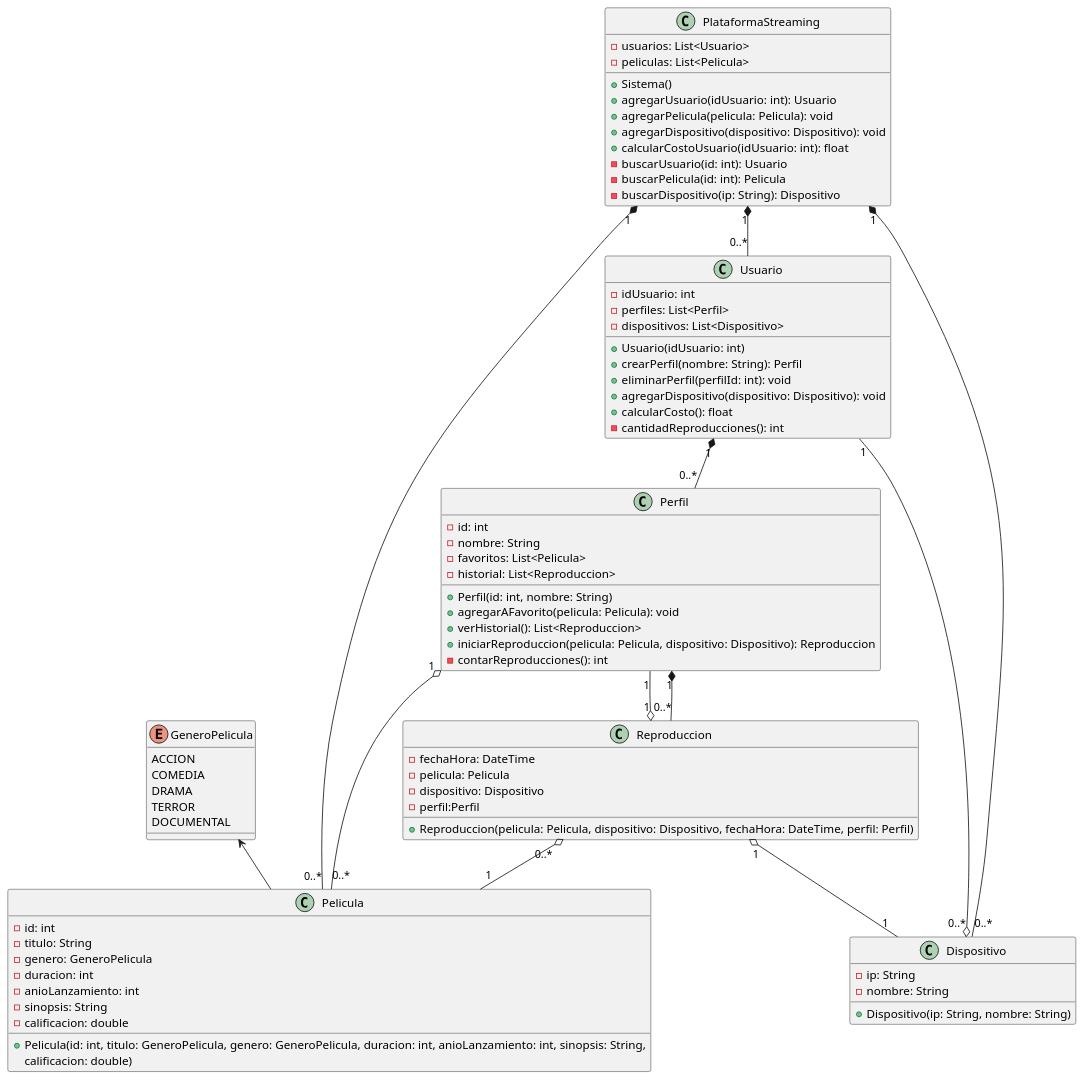
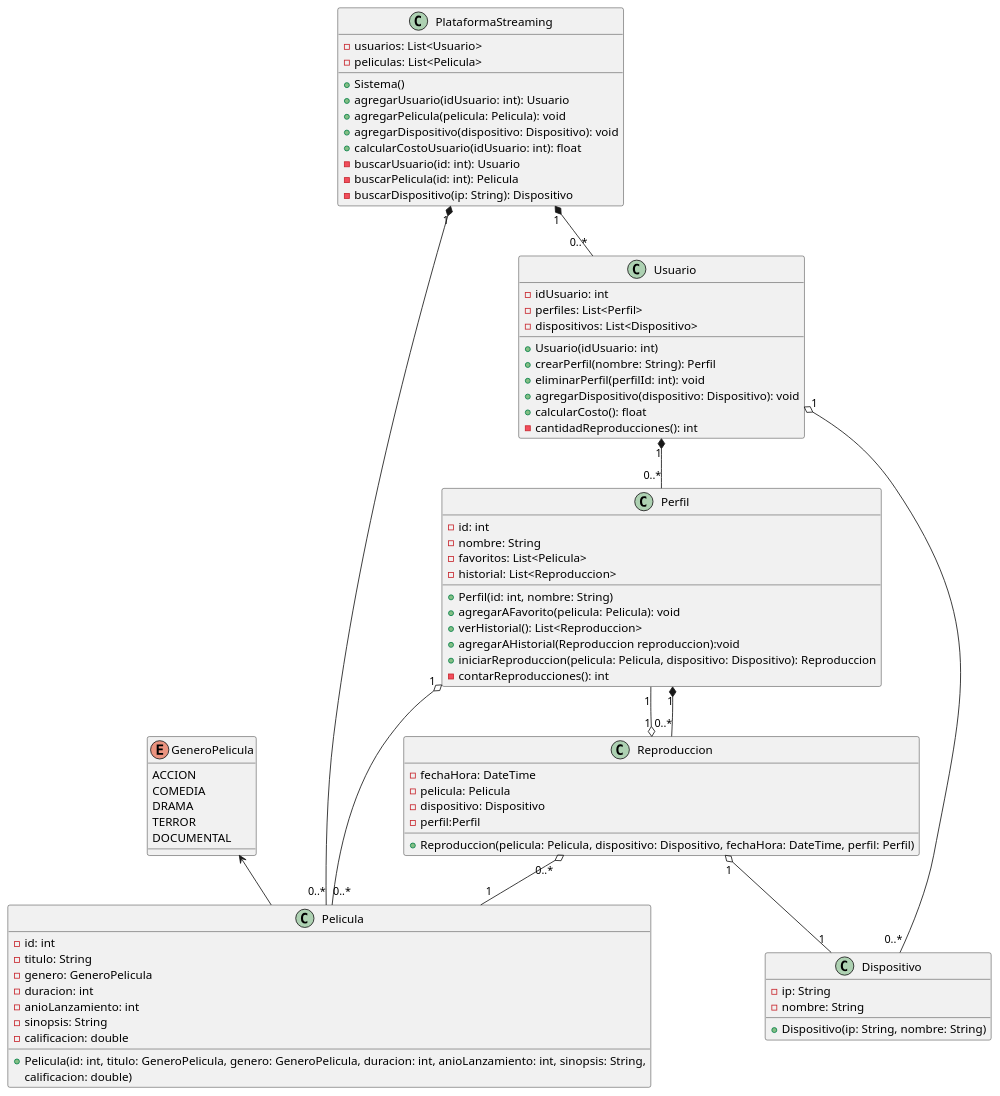
Before and after one commit to bernardoFac/poo_tn_25_1c: the diagram in reformRecu.puml, drawn with PlantUML. The commit also changed 5 other files, not shown here.

```diff
--- a/reformRecu.puml
+++ b/reformRecu.puml
@@ -1,86 +1,86 @@
 @startuml
 enum GeneroPelicula {
   ACCION
   COMEDIA
   DRAMA
   TERROR
   DOCUMENTAL
 }
 GeneroPelicula <-- Pelicula
 class Pelicula {
   - id: int
   - titulo: String
   - genero: GeneroPelicula
   - duracion: int
   - anioLanzamiento: int
   - sinopsis: String
   - calificacion: double
   + Pelicula(id: int, titulo: GeneroPelicula, genero: GeneroPelicula, duracion: int, anioLanzamiento: int, sinopsis: String,
              calificacion: double)
 }
 
 class Usuario {
   - idUsuario: int
   - perfiles: List<Perfil>
   - dispositivos: List<Dispositivo>
   + Usuario(idUsuario: int)
   + crearPerfil(nombre: String): Perfil
   + eliminarPerfil(perfilId: int): void
   + agregarDispositivo(dispositivo: Dispositivo): void
   + calcularCosto(): float
   - cantidadReproducciones(): int
 }
 
 class Perfil {
   - id: int
   - nombre: String
   - favoritos: List<Pelicula>
   - historial: List<Reproduccion>
 
   + Perfil(id: int, nombre: String)
   + agregarAFavorito(pelicula: Pelicula): void
   + verHistorial(): List<Reproduccion>
+  +agregarAHistorial(Reproduccion reproduccion):void
   + iniciarReproduccion(pelicula: Pelicula, dispositivo: Dispositivo): Reproduccion
   - contarReproducciones(): int
 }
 
 class Dispositivo {
   - ip: String
   - nombre: String
   + Dispositivo(ip: String, nombre: String)
 }
 
 class Reproduccion {
   - fechaHora: DateTime
   - pelicula: Pelicula
   - dispositivo: Dispositivo
   -perfil:Perfil
   + Reproduccion(pelicula: Pelicula, dispositivo: Dispositivo, fechaHora: DateTime, perfil: Perfil)
 }
 Usuario "1" *-- "0..*" Perfil
-Usuario "1" --o "0..*" Dispositivo
+Usuario "1" o-- "0..*" Dispositivo
 Perfil "1" o-- "0..*" Pelicula
 Perfil "1" --o "1" Reproduccion
 Reproduccion "0..*" o-- "1" Pelicula
 Reproduccion "1" o-- "1" Dispositivo
 Perfil "1" *-- "0..*" Reproduccion
 
 class PlataformaStreaming {
   - usuarios: List<Usuario>
   - peliculas: List<Pelicula>
   + Sistema()
   + agregarUsuario(idUsuario: int): Usuario
   + agregarPelicula(pelicula: Pelicula): void
   + agregarDispositivo(dispositivo: Dispositivo): void
   + calcularCostoUsuario(idUsuario: int): float
   - buscarUsuario(id: int): Usuario
   - buscarPelicula(id: int): Pelicula
   - buscarDispositivo(ip: String): Dispositivo
 }
 
 PlataformaStreaming "1" *-- "0..*" Usuario
 PlataformaStreaming "1" *-- "0..*" Pelicula
-PlataformaStreaming "1" *-- "0..*" Dispositivo
 
 
 @enduml
```
